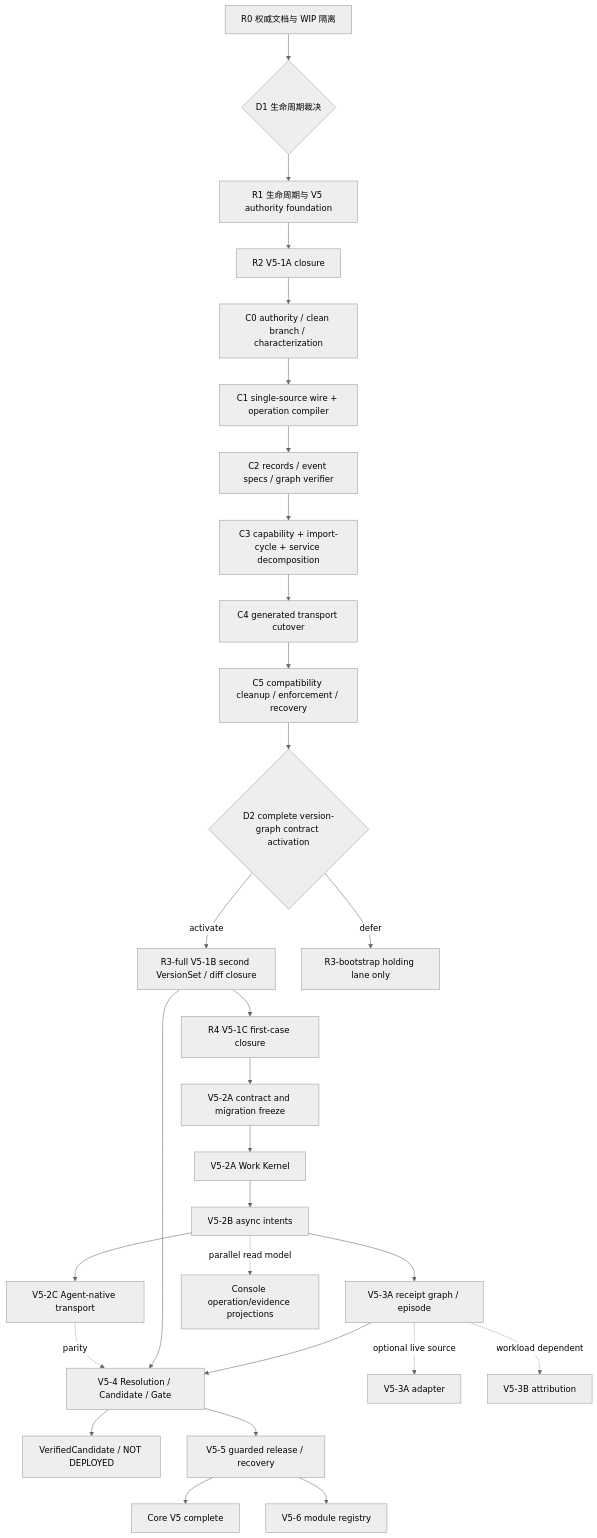
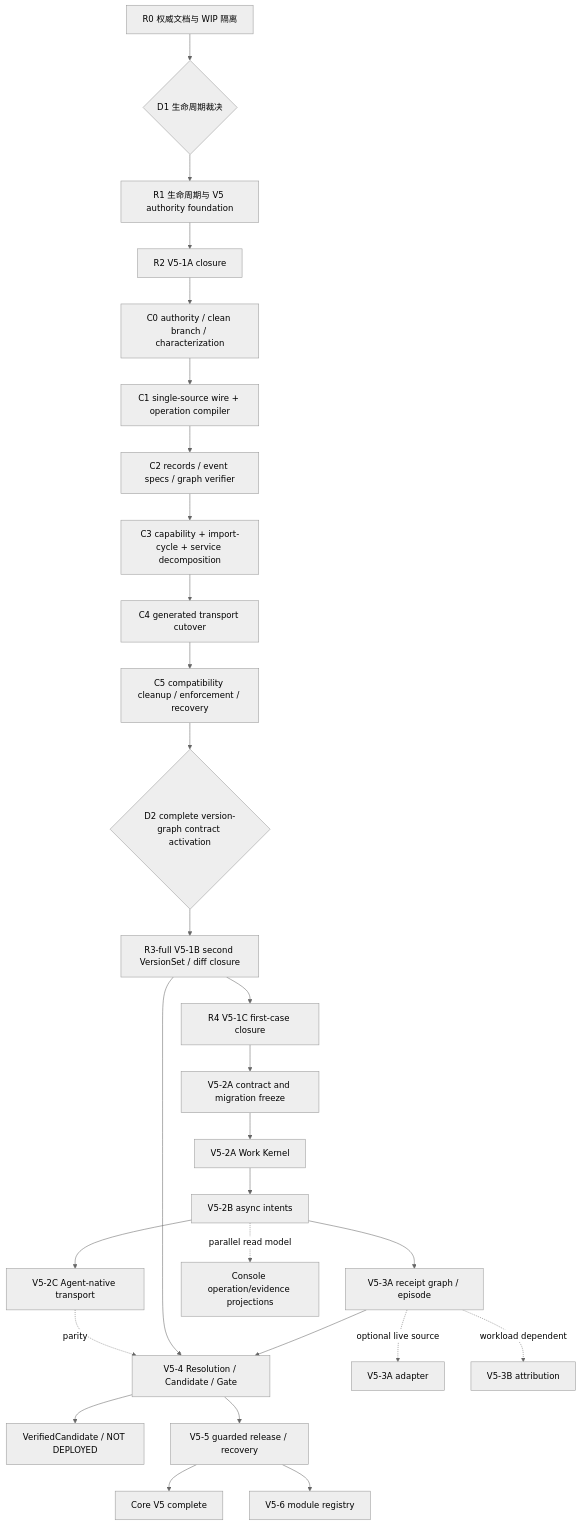
The diagram in docs/plans/v5-master-execution-plan.md (Gout999/AgentMED), drawn with Mermaid (neutral theme) before and after one commit. The commit also changed other lines of this file and 8 other files, not shown here.

````diff
--- a/docs/plans/v5-master-execution-plan.md
+++ b/docs/plans/v5-master-execution-plan.md
@@ -110,31 +116,30 @@
 ```mermaid
 flowchart TD
   R0["R0 权威文档与 WIP 隔离"] --> D1{"D1 生命周期裁决"}
   D1 --> R1["R1 生命周期与 V5 authority foundation"]
   R1 --> R2["R2 V5-1A closure"]
   R2 --> C0["C0 authority / clean branch / characterization"]
   C0 --> C1["C1 single-source wire + operation compiler"]
   C1 --> C2["C2 records / event specs / graph verifier"]
   C2 --> C3["C3 capability + import-cycle + service decomposition"]
   C3 --> C4["C4 generated transport cutover"]
   C4 --> C5["C5 compatibility cleanup / enforcement / recovery"]
   C5 --> D2{"D2 complete version-graph contract activation"}
-  D2 -->|activate| R3["R3-full V5-1B second VersionSet / diff closure"]
-  D2 -->|defer| R3B["R3-bootstrap holding lane only"]
+  D2 --> R3["R3-full V5-1B second VersionSet / diff closure"]
   R3 --> R4["R4 V5-1C first-case closure"]
   R4 --> K20["V5-2A contract and migration freeze"]
   K20 --> K21["V5-2A Work Kernel"]
   K21 --> K22["V5-2B async intents"]
   K22 --> K23["V5-2C Agent-native transport"]
   K22 --> E30["V5-3A receipt graph / episode"]
   K22 -. parallel read model .-> UI30["Console operation/evidence projections"]
   E30 --> C40["V5-4 Resolution / Candidate / Gate"]
   R3 --> C40
   C40 --> VOnly["VerifiedCandidate / NOT DEPLOYED"]
   C40 --> R50["V5-5 guarded release / recovery"]
   R50 --> Core["Core V5 complete"]
   E30 -. optional live source .-> E31["V5-3A adapter"]
   E30 -. workload dependent .-> E32["V5-3B attribution"]
   K23 -. parity .-> C40
   R50 --> O60["V5-6 module registry"]
 ```
````
